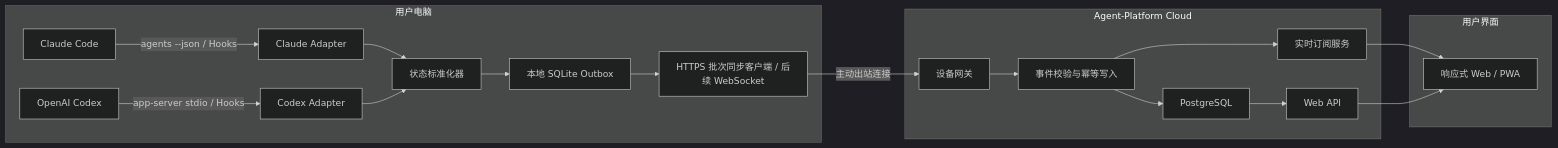
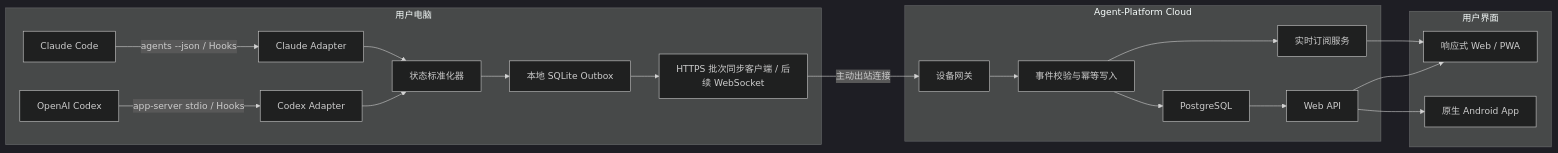
Before and after one commit to xiaoran7/agenthub: the diagram in docs/ARCHITECTURE.md, drawn with Mermaid (dark theme). The commit also changed other lines of this file and 37 other files, not shown here.

Commit message:
feat(clients): add native Android app and unify UI

````diff
--- a/docs/ARCHITECTURE.md
+++ b/docs/ARCHITECTURE.md
@@ -23,39 +23,41 @@
 ```mermaid
 flowchart LR
     subgraph Device["用户电脑"]
         Claude["Claude Code"]
         Codex["OpenAI Codex"]
         CA["Claude Adapter"]
         OA["Codex Adapter"]
         N["状态标准化器"]
         DB["本地 SQLite Outbox"]
         Sync["HTTPS 批次同步客户端 / 后续 WebSocket"]
 
         Claude -->|"agents --json / Hooks"| CA
         Codex -->|"app-server stdio / Hooks"| OA
         CA --> N
         OA --> N
         N --> DB
         DB --> Sync
     end
 
     subgraph Cloud["Agent-Platform Cloud"]
         GW["设备网关"]
         Ingest["事件校验与幂等写入"]
         PG["PostgreSQL"]
         RT["实时订阅服务"]
         API["Web API"]
     end
 
     subgraph Client["用户界面"]
         Web["响应式 Web / PWA"]
+        Android["原生 Android App"]
     end
 
     Sync -->|"主动出站连接"| GW
     GW --> Ingest
     Ingest --> PG
     Ingest --> RT
     PG --> API
     RT --> Web
     API --> Web
+    API --> Android
 ```
````
